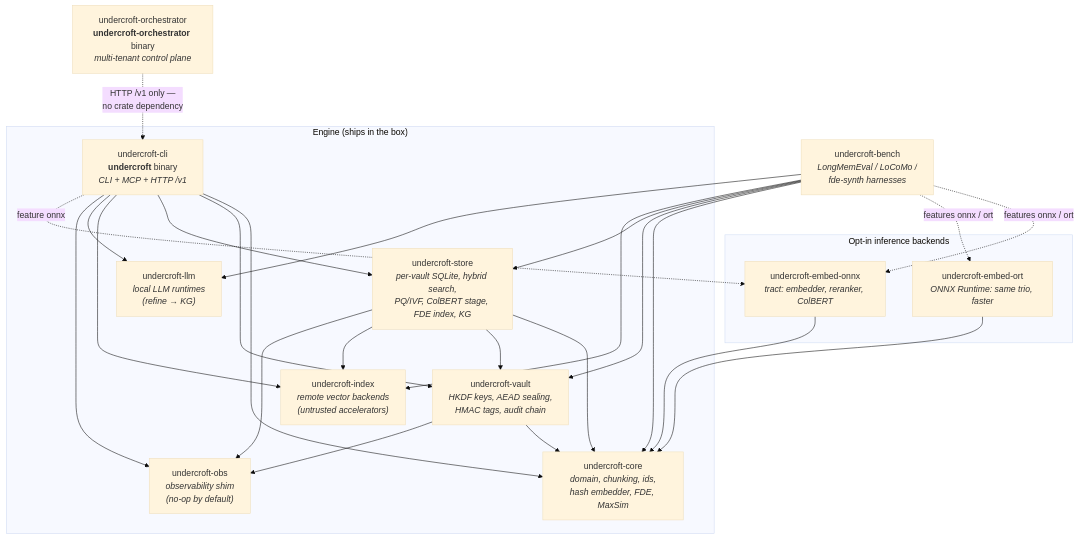
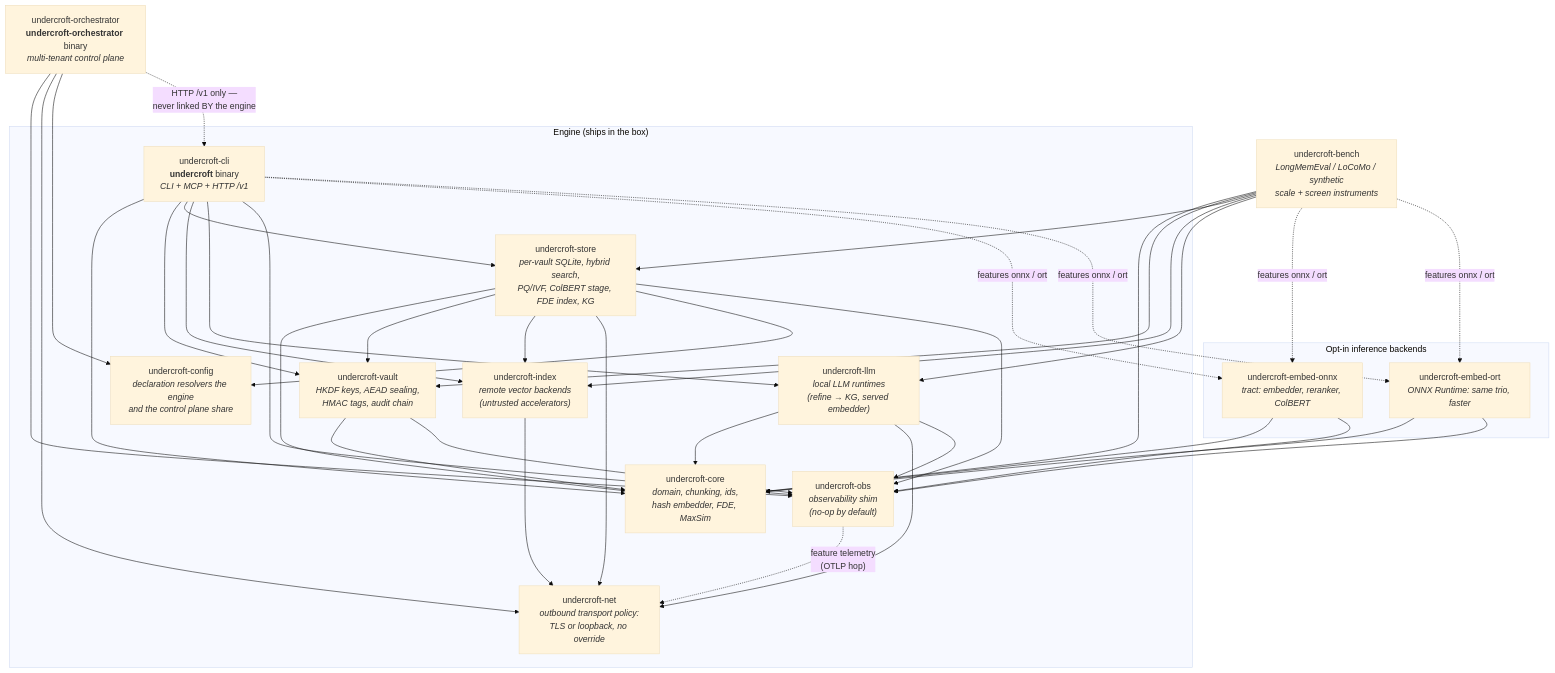
One commit to sealcroft/undercroft changed the diagram in docs/diagrams/src/architecture-components.mmd. Above: the diagram before and after it, drawn with Mermaid (base theme). The commit also changed 78 other files, not shown here.

First line of the commit message:
the three diagram sets described a different engine — audited against the code, corrected, and ten views added

```diff
--- a/docs/diagrams/src/architecture-components.mmd
+++ b/docs/diagrams/src/architecture-components.mmd
@@ -1,40 +1,55 @@
 flowchart TB
     subgraph engine["Engine (ships in the box)"]
         core["undercroft-core<br/><i>domain, chunking, ids,<br/>hash embedder, FDE, MaxSim</i>"]
         vault["undercroft-vault<br/><i>HKDF keys, AEAD sealing,<br/>HMAC tags, audit chain</i>"]
         store["undercroft-store<br/><i>per-vault SQLite, hybrid search,<br/>PQ/IVF, ColBERT stage, FDE index, KG</i>"]
         index["undercroft-index<br/><i>remote vector backends<br/>(untrusted accelerators)</i>"]
-        llm["undercroft-llm<br/><i>local LLM runtimes<br/>(refine → KG)</i>"]
+        llm["undercroft-llm<br/><i>local LLM runtimes<br/>(refine → KG, served embedder)</i>"]
+        net["undercroft-net<br/><i>outbound transport policy:<br/>TLS or loopback, no override</i>"]
+        config["undercroft-config<br/><i>declaration resolvers the engine<br/>and the control plane share</i>"]
         obs["undercroft-obs<br/><i>observability shim<br/>(no-op by default)</i>"]
         cli["undercroft-cli<br/><b>undercroft</b> binary<br/><i>CLI + MCP + HTTP /v1</i>"]
     end
     subgraph optional["Opt-in inference backends"]
         onnx["undercroft-embed-onnx<br/><i>tract: embedder, reranker, ColBERT</i>"]
         ort["undercroft-embed-ort<br/><i>ONNX Runtime: same trio, faster</i>"]
     end
-    bench["undercroft-bench<br/><i>LongMemEval / LoCoMo /<br/>fde-synth harnesses</i>"]
+    bench["undercroft-bench<br/><i>LongMemEval / LoCoMo / synthetic<br/>scale + screen instruments</i>"]
     orch["undercroft-orchestrator<br/><b>undercroft-orchestrator</b> binary<br/><i>multi-tenant control plane</i>"]
 
     vault --> core
     vault --> obs
     store --> core
     store --> vault
     store --> index
+    store --> net
+    store --> config
     store --> obs
+    index --> net
+    llm --> core
+    llm --> net
+    llm --> obs
+    obs -. "feature telemetry<br/>(OTLP hop)" .-> net
     cli --> core
     cli --> vault
     cli --> store
     cli --> index
     cli --> llm
     cli --> obs
-    cli -. "feature onnx" .-> onnx
+    cli -. "features onnx / ort" .-> onnx
+    cli -. "features onnx / ort" .-> ort
     onnx --> core
+    onnx --> obs
     ort --> core
+    ort --> obs
     bench --> core
     bench --> vault
     bench --> store
     bench --> index
     bench --> llm
     bench -. "features onnx / ort" .-> onnx
     bench -. "features onnx / ort" .-> ort
-    orch -. "HTTP /v1 only —<br/>no crate dependency" .-> cli
+    orch --> obs
+    orch --> net
+    orch --> config
+    orch -. "HTTP /v1 only —<br/>never linked BY the engine" .-> cli
```
